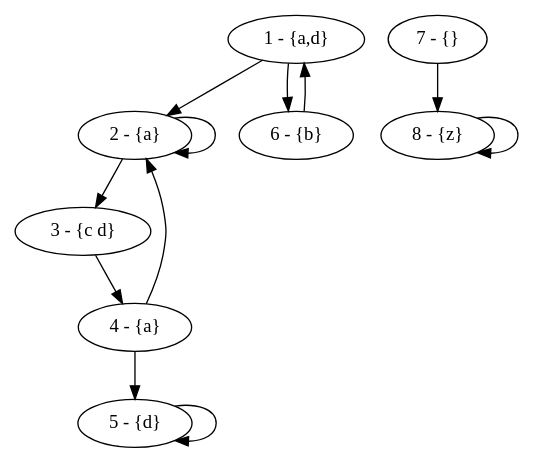
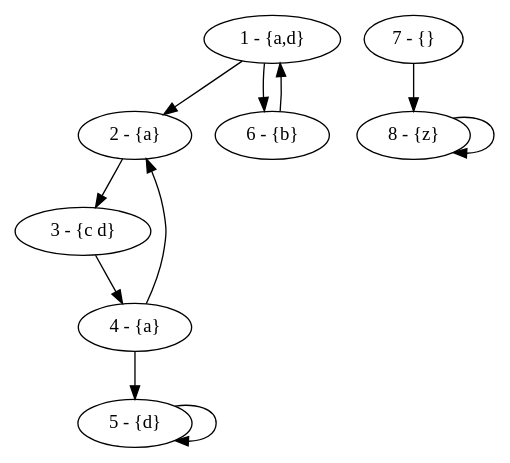
Before and after one commit to pgimalac/ctl: the diagram in pres/imgs/g2.dot, drawn with Graphviz. The commit also changed 5 other files, not shown here.

```diff
--- a/pres/imgs/g2.dot
+++ b/pres/imgs/g2.dot
@@ -1,22 +1,21 @@
 digraph {
   1 -> 2;
   1 -> 6;
-  2 -> 2;
   2 -> 3;
   3 -> 4;
   4 -> 5;
   4 -> 2;
   5 -> 5;
   6 -> 1;
   7 -> 8;
   8 -> 8;
 
   1 [label="1 - {a,d}"];
   2 [label="2 - {a}"];
   3 [label="3 - {c d}"];
   4 [label="4 - {a}"]
   5 [label="5 - {d}"];
   6 [label="6 - {b}"];
   7 [label="7 - {}"];
   8 [label="8 - {z}"];
 }
```
